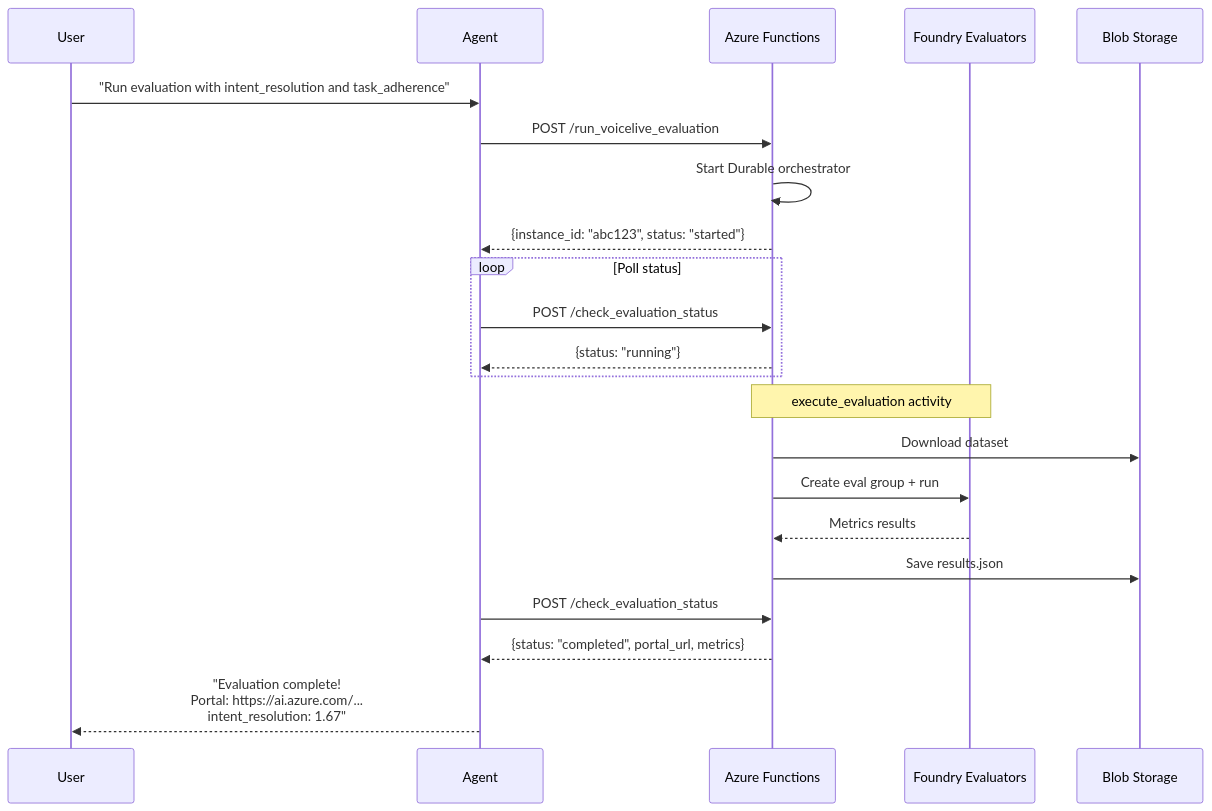
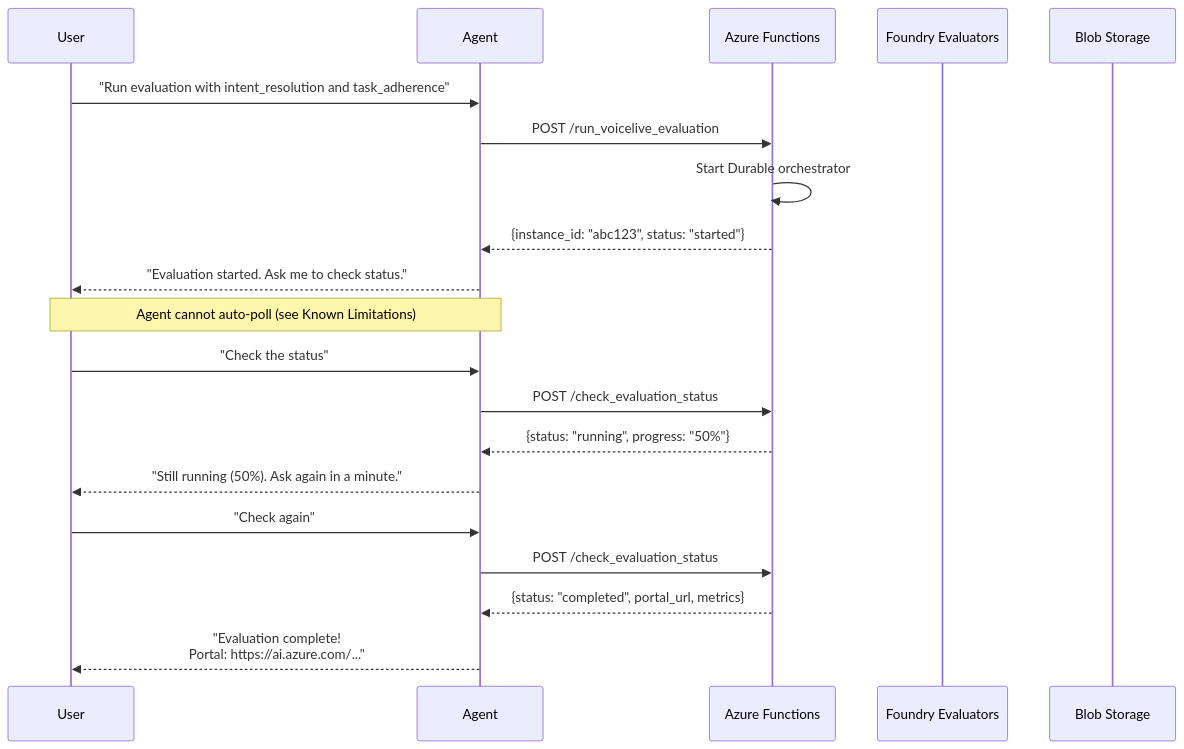
One commit to microsoft-foundry/voicelive-evaluation changed diagram 14 of 18 in evaluation_agent_v3/ARCHITECTURE.md. Above: the diagram before and after it, drawn with Mermaid. The commit also changed other lines of this file and 1 other file, not shown here.

First line of the commit message:
docs: comprehensive dataset lifecycle flowcharts and polling limitation

````diff
--- a/evaluation_agent_v3/ARCHITECTURE.md
+++ b/evaluation_agent_v3/ARCHITECTURE.md
@@ -711,28 +841,26 @@
 ```mermaid
 sequenceDiagram
     participant User
     participant Agent
     participant Functions as Azure Functions
     participant Foundry as Foundry Evaluators
     participant Blob as Blob Storage
     
     User->>Agent: "Run evaluation with intent_resolution and task_adherence"
     Agent->>Functions: POST /run_voicelive_evaluation
     Functions->>Functions: Start Durable orchestrator
     Functions-->>Agent: {instance_id: "abc123", status: "started"}
+    Agent-->>User: "Evaluation started. Ask me to check status."
     
-    loop Poll status
-        Agent->>Functions: POST /check_evaluation_status
-        Functions-->>Agent: {status: "running"}
-    end
+    Note over User,Agent: Agent cannot auto-poll (see Known Limitations)
     
-    Note over Functions,Foundry: execute_evaluation activity
-    Functions->>Blob: Download dataset
-    Functions->>Foundry: Create eval group + run
-    Foundry-->>Functions: Metrics results
-    Functions->>Blob: Save results.json
+    User->>Agent: "Check the status"
+    Agent->>Functions: POST /check_evaluation_status
+    Functions-->>Agent: {status: "running", progress: "50%"}
+    Agent-->>User: "Still running (50%). Ask again in a minute."
     
+    User->>Agent: "Check again"
     Agent->>Functions: POST /check_evaluation_status
     Functions-->>Agent: {status: "completed", portal_url, metrics}
-    Agent-->>User: "Evaluation complete!<br/>Portal: https://ai.azure.com/...<br/>intent_resolution: 1.67"
+    Agent-->>User: "Evaluation complete!<br/>Portal: https://ai.azure.com/..."
 ```
````
